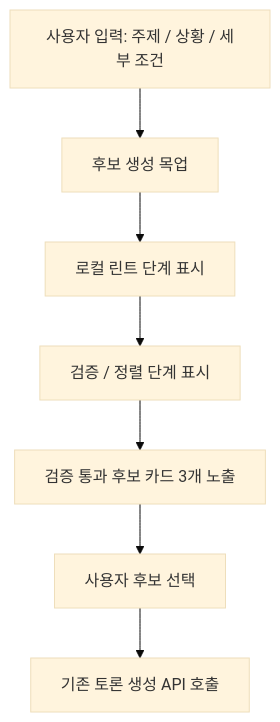
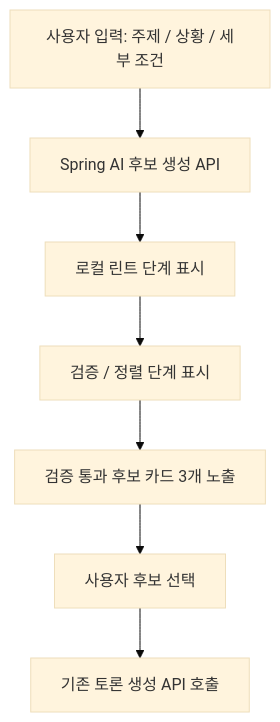
The diagram in docs/ai-design.md (SSAFY1516Final/ARENA), drawn with Mermaid (base theme) before and after one commit. The commit also changed other lines of this file and 270 other files, not shown here.

````diff
--- a/docs/ai-design.md
+++ b/docs/ai-design.md
@@ -31,9 +41,9 @@
 ```mermaid
 flowchart TD
-    A["사용자 입력: 주제 / 상황 / 세부 조건"] --> B["후보 생성 목업"]
+    A["사용자 입력: 주제 / 상황 / 세부 조건"] --> B["Spring AI 후보 생성 API"]
     B --> C["로컬 린트 단계 표시"]
     C --> D["검증 / 정렬 단계 표시"]
     D --> E["검증 통과 후보 카드 3개 노출"]
     E --> F["사용자 후보 선택"]
     F --> G["기존 토론 생성 API 호출"]
 ```
````
